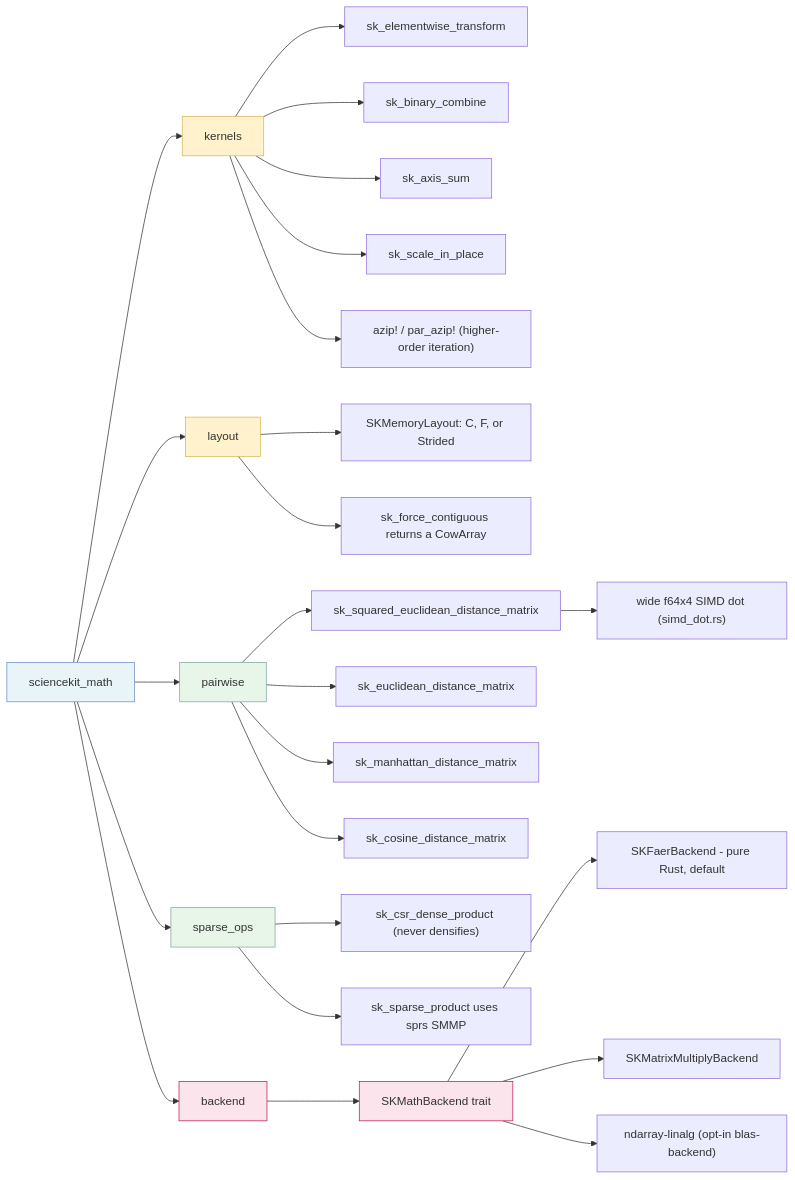
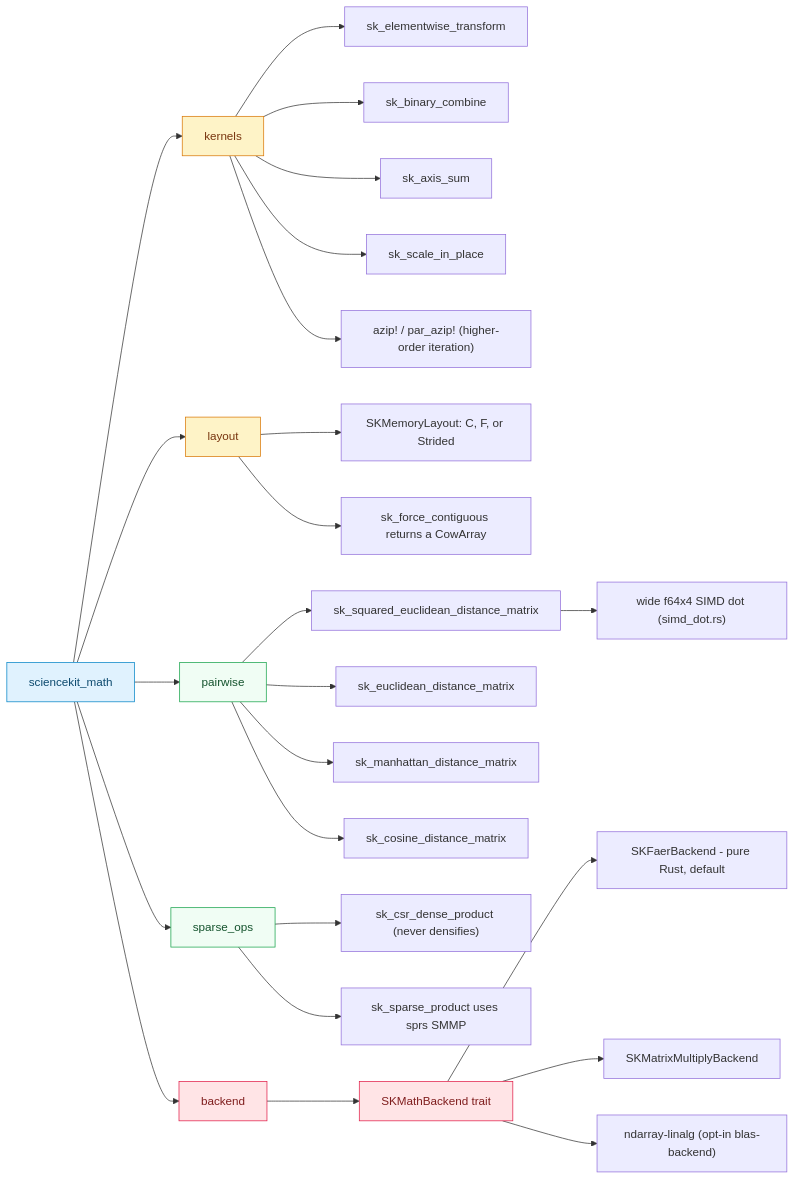
The diagram in docs/src/development-explained/ch03-math-kernels-and-blas.md (neurono-ml/sciencekit), drawn with Mermaid before and after one commit. The commit also changed 12 other files, not shown here.

First line of the commit message:
docs: fix book theme UX — typography control, buttons, sidebar, Mermaid contrast

````diff
--- a/docs/src/development-explained/ch03-math-kernels-and-blas.md
+++ b/docs/src/development-explained/ch03-math-kernels-and-blas.md
@@ -485,41 +485,41 @@
 ```mermaid
 flowchart LR
     accTitle: Modules of the sciencekit_math crate and their key functions
     accDescr: sciencekit_math groups kernels, layout, pairwise distances, sparse operations and a backend. Each module exposes free functions, and the backend module exposes the SKMathBackend trait implemented by faer, matrix multiply and ndarray-linalg.
     MATH[sciencekit_math] --> K[kernels]
     MATH --> L[layout]
     MATH --> PW[pairwise]
     MATH --> SO[sparse_ops]
     MATH --> BE[backend]
 
     K --> K1[sk_elementwise_transform]
     K --> K2[sk_binary_combine]
     K --> K3[sk_axis_sum]
     K --> K4[sk_scale_in_place]
     K --> AZ["azip! / par_azip! (higher-order iteration)"]
 
     L --> L1["SKMemoryLayout: C, F, or Strided"]
     L --> L2["sk_force_contiguous returns a CowArray"]
 
     PW --> P1[sk_squared_euclidean_distance_matrix]
     PW --> P2[sk_euclidean_distance_matrix]
     PW --> P3[sk_manhattan_distance_matrix]
     PW --> P4[sk_cosine_distance_matrix]
     P1 --> SIMD["wide f64x4 SIMD dot (simd_dot.rs)"]
 
     SO --> S1["sk_csr_dense_product (never densifies)"]
     SO --> S2["sk_sparse_product uses sprs SMMP"]
 
     BE --> TRAIT[SKMathBackend trait]
     TRAIT --> F[SKFaerBackend - pure Rust, default]
     TRAIT --> G[SKMatrixMultiplyBackend]
     TRAIT --> H["ndarray-linalg (opt-in blas-backend)"]
 
-    style MATH fill:#e8f4f8,stroke:#6c8ebf
-    style K fill:#fff2cc,stroke:#d6b656
-    style L fill:#fff2cc,stroke:#d6b656
-    style PW fill:#e8f5e9,stroke:#7ea6a0
-    style SO fill:#e8f5e9,stroke:#7ea6a0
-    style BE fill:#fce4ec,stroke:#c2185b
-    style TRAIT fill:#fce4ec,stroke:#c2185b
+    style MATH fill:#e0f2fe,stroke:#0284c7,color:#0c4a6e
+    style K fill:#fef3c7,stroke:#d97706,color:#78350f
+    style L fill:#fef3c7,stroke:#d97706,color:#78350f
+    style PW fill:#f0fdf4,stroke:#16a34a,color:#14532d
+    style SO fill:#f0fdf4,stroke:#16a34a,color:#14532d
+    style BE fill:#ffe4e6,stroke:#e11d48,color:#7f1d1d
+    style TRAIT fill:#ffe4e6,stroke:#e11d48,color:#7f1d1d
 ```
````
